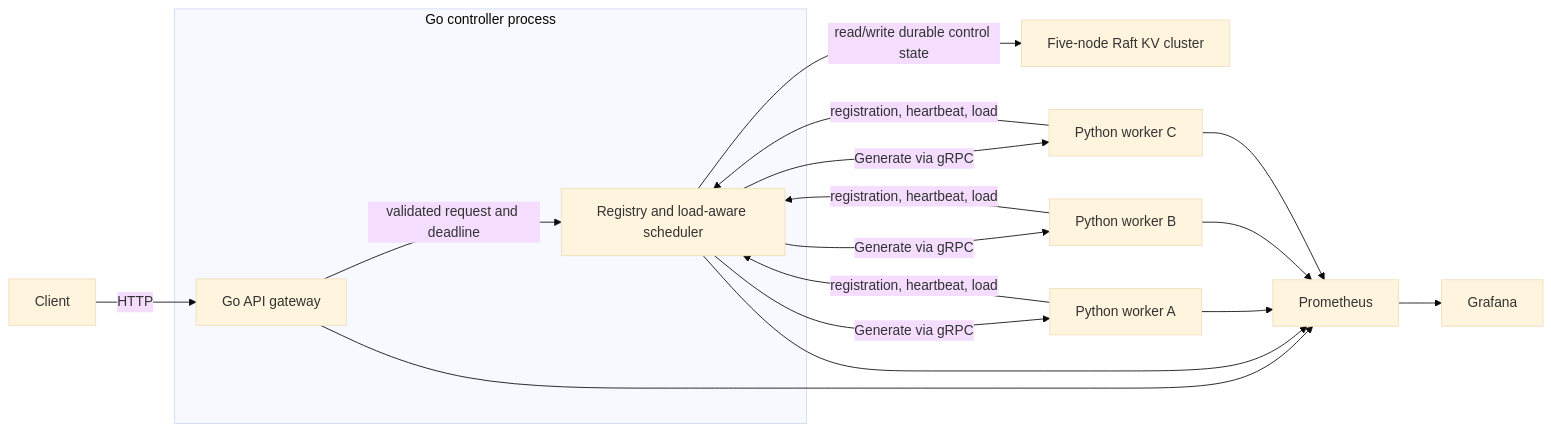
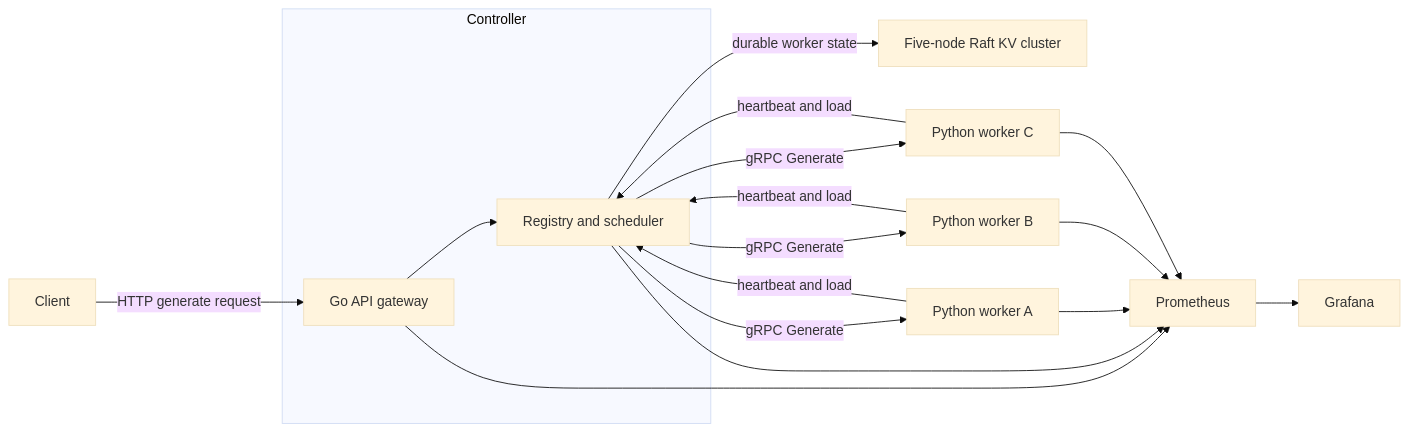
The diagram in README.md (jiholee5217/distributed-llm-inference-platform), drawn with Mermaid (base theme) before and after one commit. The commit also changed other lines of this file, not shown here.

````diff
--- a/README.md
+++ b/README.md
@@ -50,21 +32,23 @@
 ```mermaid
 flowchart LR
-    C["Client"]
-    subgraph CP["Go controller process"]
-        G["Go API gateway"] -->|"validated request and deadline"| S["Registry and load-aware scheduler"]
+    C["Client"] -->|"HTTP generate request"| G["Go API gateway"]
+
+    subgraph CP["Controller"]
+        G --> S["Registry and scheduler"]
     end
-    C -->|"HTTP"| G
-    S -->|"read/write durable control state"| K["Five-node Raft KV cluster"]
-    S -->|"Generate via gRPC"| W1["Python worker A"]
-    S -->|"Generate via gRPC"| W2["Python worker B"]
-    S -->|"Generate via gRPC"| W3["Python worker C"]
-    W1 -->|"registration, heartbeat, load"| S
-    W2 -->|"registration, heartbeat, load"| S
-    W3 -->|"registration, heartbeat, load"| S
+
+    S -->|"durable worker state"| K["Five-node Raft KV cluster"]
+    S -->|"gRPC Generate"| W1["Python worker A"]
+    S -->|"gRPC Generate"| W2["Python worker B"]
+    S -->|"gRPC Generate"| W3["Python worker C"]
+    W1 -->|"heartbeat and load"| S
+    W2 -->|"heartbeat and load"| S
+    W3 -->|"heartbeat and load"| S
+
     G --> M["Prometheus"]
     S --> M
     W1 --> M
     W2 --> M
     W3 --> M
     M --> D["Grafana"]
 ```
````
